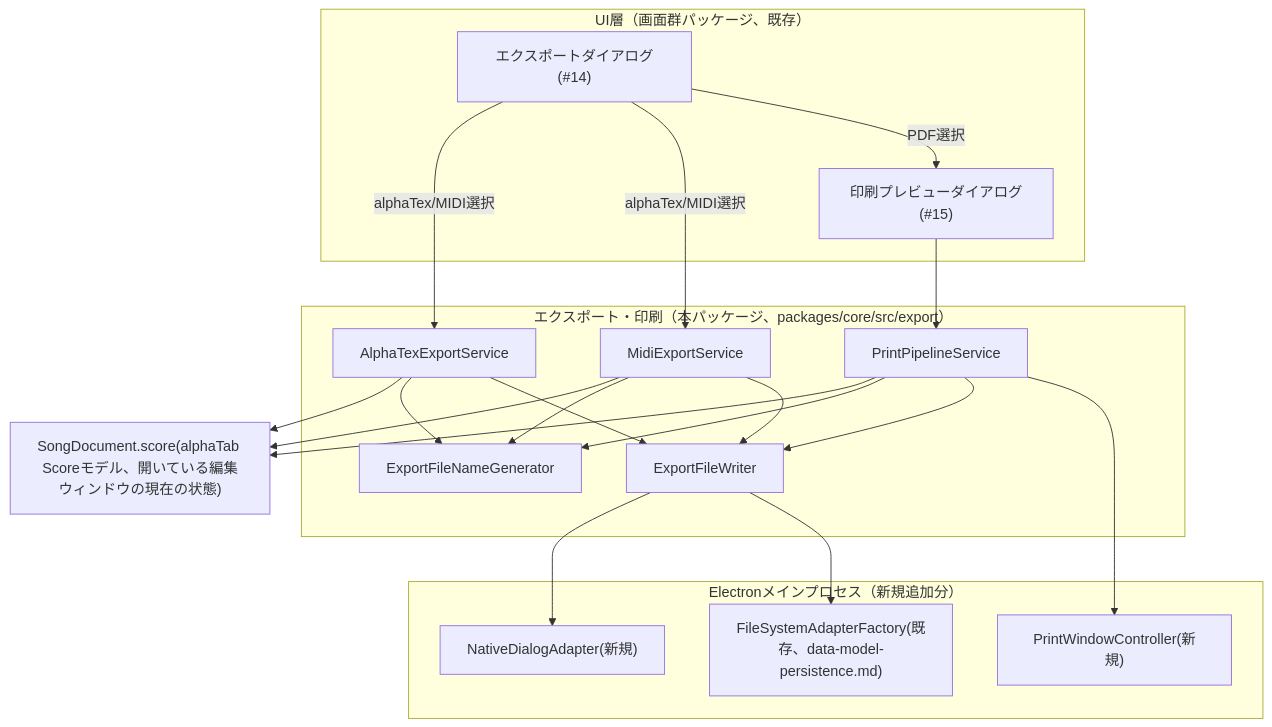
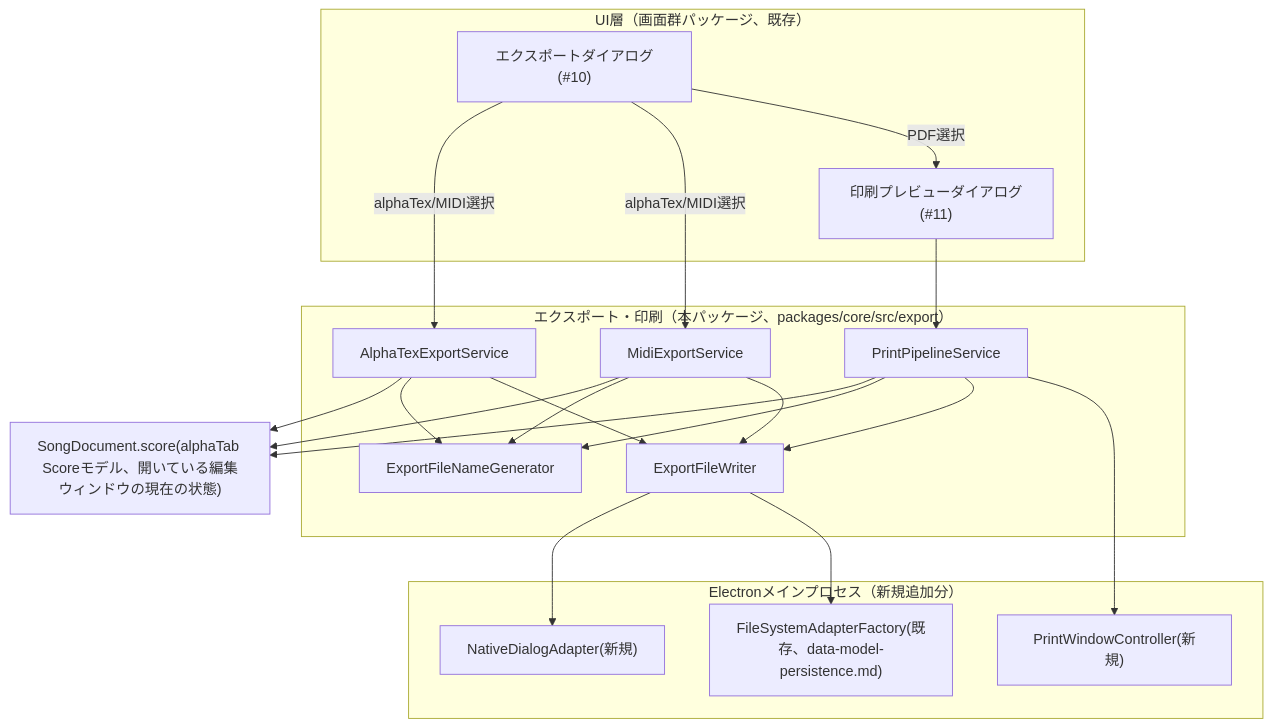
One commit to ippoooooshi/RiFF-LiNE changed the first of 3 diagrams in docs/detailed_design/export-print.md. Above: the diagram before and after it, drawn with Mermaid. The commit also changed other lines of this file and 20 other files, not shown here.

````diff
--- a/docs/detailed_design/export-print.md
+++ b/docs/detailed_design/export-print.md
@@ -23,37 +23,37 @@
 ```mermaid
 flowchart TB
     subgraph UI["UI層（画面群パッケージ、既存）"]
-        EXPDLG["エクスポートダイアログ(#14)"]
-        PRINTDLG["印刷プレビューダイアログ(#15)"]
+        EXPDLG["エクスポートダイアログ(#10)"]
+        PRINTDLG["印刷プレビューダイアログ(#11)"]
     end
     subgraph ExportPkg["エクスポート・印刷（本パッケージ、packages/core/src/export）"]
         TEXSVC["AlphaTexExportService"]
         MIDISVC["MidiExportService"]
         PIPELINE["PrintPipelineService"]
         FNGEN["ExportFileNameGenerator"]
         FWRITER["ExportFileWriter"]
     end
     subgraph MainProc["Electronメインプロセス（新規追加分）"]
         DIALOGADPT["NativeDialogAdapter(新規)"]
         PRINTWIN["PrintWindowController(新規)"]
         FSFACTORY["FileSystemAdapterFactory(既存、data-model-persistence.md)"]
     end
     DOMAIN["SongDocument.score(alphaTab Scoreモデル、開いている編集ウィンドウの現在の状態)"]
 
     EXPDLG -->|alphaTex/MIDI選択| TEXSVC
     EXPDLG -->|alphaTex/MIDI選択| MIDISVC
     EXPDLG -->|PDF選択| PRINTDLG
     PRINTDLG --> PIPELINE
     TEXSVC --> DOMAIN
     MIDISVC --> DOMAIN
     PIPELINE --> DOMAIN
     TEXSVC --> FNGEN
     MIDISVC --> FNGEN
     PIPELINE --> FNGEN
     TEXSVC --> FWRITER
     MIDISVC --> FWRITER
     PIPELINE --> FWRITER
     FWRITER --> DIALOGADPT
     FWRITER --> FSFACTORY
     PIPELINE --> PRINTWIN
 ```
````
